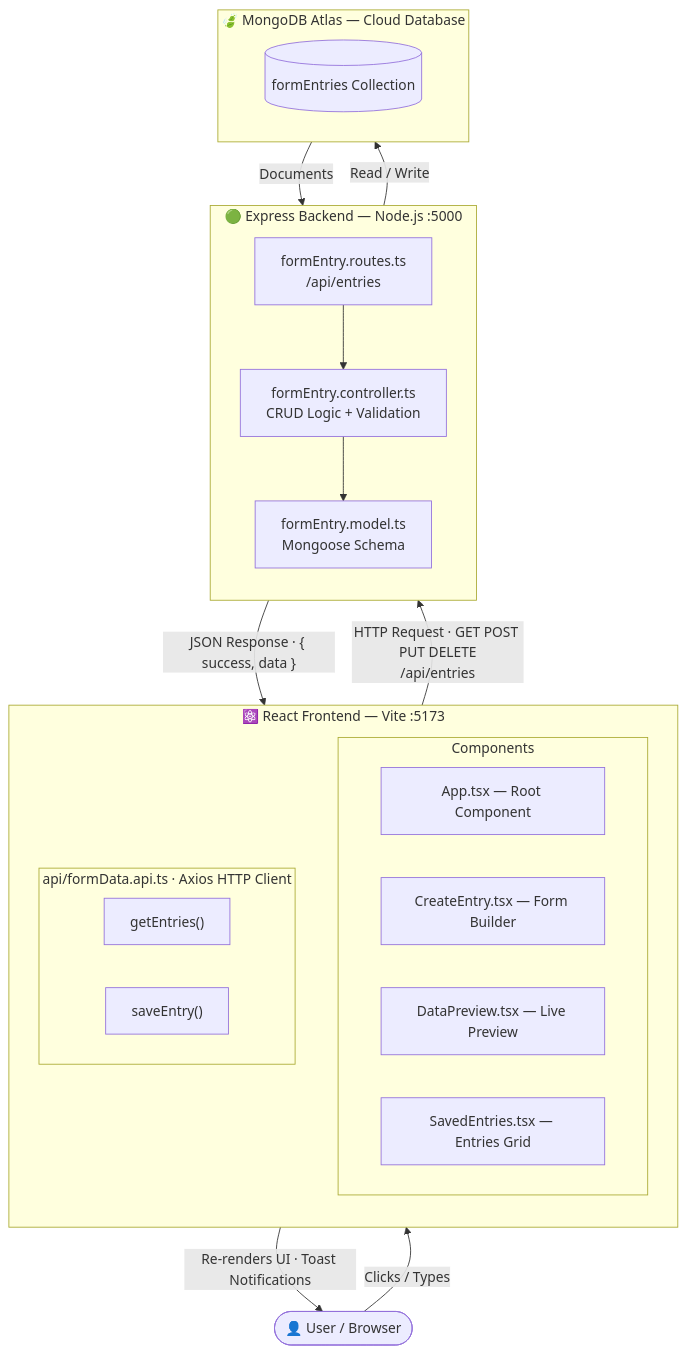
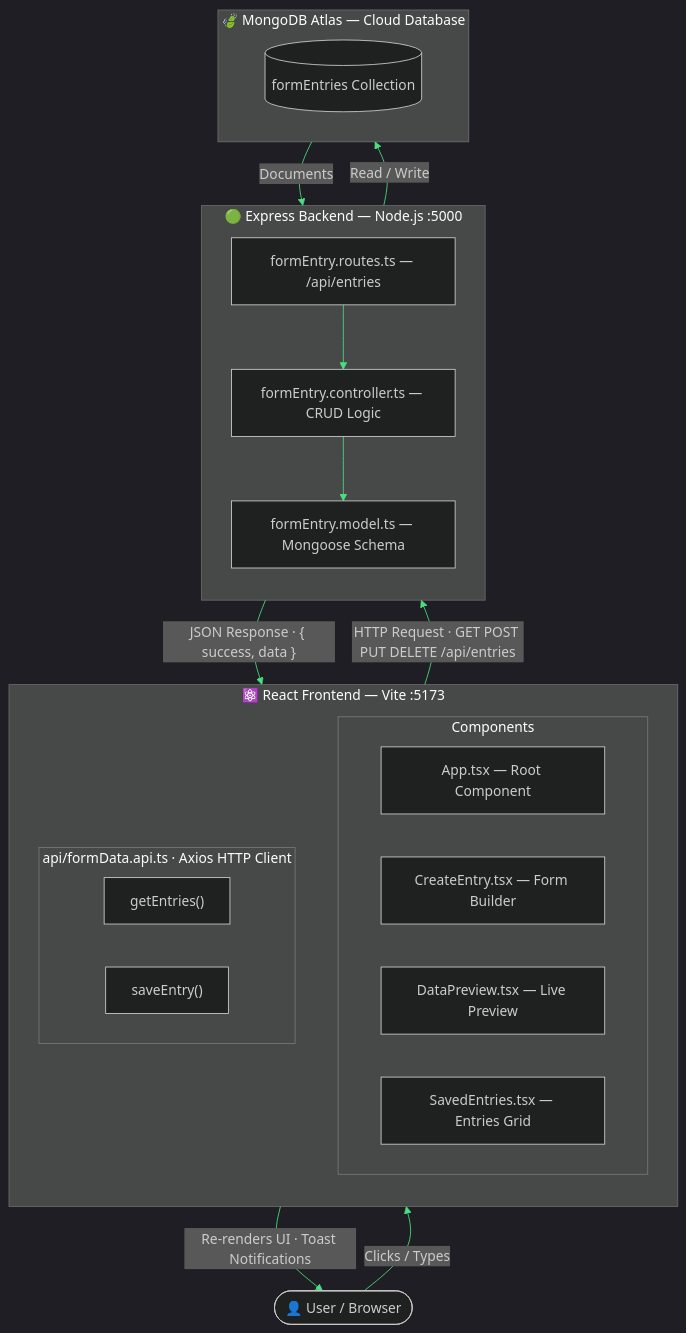
Before and after one commit to Abhay-Pratap200001/Supremus-Angel-Assessment: the first of 2 diagrams in README.md, drawn with Mermaid. The commit also changed other lines of this file, not shown here.

````diff
--- a/README.md
+++ b/README.md
@@ -255,39 +265,40 @@
 ```mermaid
+%%{init: {'theme': 'dark', 'themeVariables': {'primaryColor': '#166534', 'primaryTextColor': '#4ade80', 'primaryBorderColor': '#22c55e', 'lineColor': '#4ade80', 'secondaryColor': '#14532d', 'tertiaryColor': '#0d1a0d'}}}%%
 graph TD
     User(["👤 User / Browser"])
 
     User -->|"Clicks / Types"| FE
     FE -->|"Re-renders UI · Toast Notifications"| User
 
     subgraph FE["⚛️ React Frontend — Vite :5173"]
         direction TB
         subgraph COMP["Components"]
             APP["App.tsx — Root Component"]
             CE["CreateEntry.tsx — Form Builder"]
             DP["DataPreview.tsx — Live Preview"]
             SE["SavedEntries.tsx — Entries Grid"]
         end
         subgraph AXIOS["api/formData.api.ts · Axios HTTP Client"]
             GE["getEntries()"]
             SVE["saveEntry()"]
         end
     end
 
-    FE -->|"HTTP Request · GET POST PUT DELETE\n/api/entries"| BE
+    FE -->|"HTTP Request · GET POST PUT DELETE /api/entries"| BE
     BE -->|"JSON Response · { success, data }"| FE
 
     subgraph BE["🟢 Express Backend — Node.js :5000"]
         direction TB
-        RT["formEntry.routes.ts\n/api/entries"]
-        CT["formEntry.controller.ts\nCRUD Logic + Validation"]
-        MD["formEntry.model.ts\nMongoose Schema"]
+        RT["formEntry.routes.ts — /api/entries"]
+        CT["formEntry.controller.ts — CRUD Logic"]
+        MD["formEntry.model.ts — Mongoose Schema"]
         RT --> CT --> MD
     end
 
     MD -->|"Read / Write"| DB
     DB -->|"Documents"| MD
 
     subgraph DB["🍃 MongoDB Atlas — Cloud Database"]
         COL[("formEntries Collection")]
     end
 ```
````
